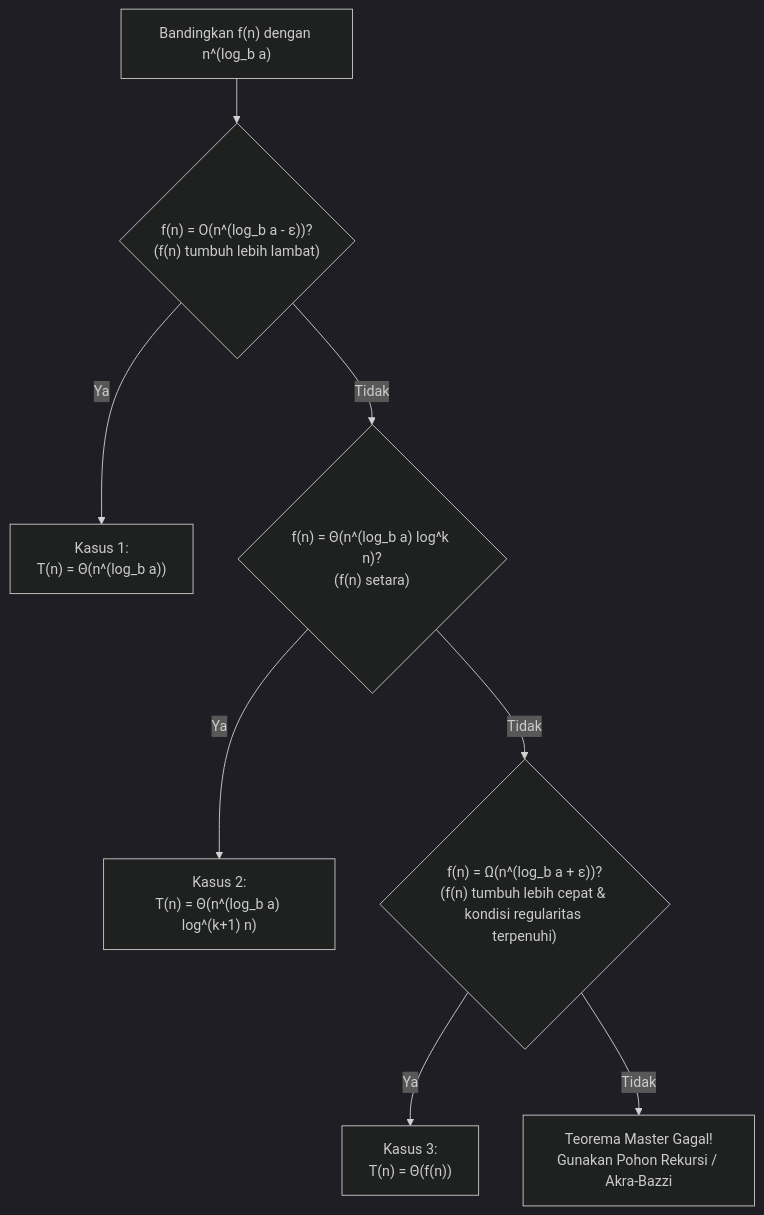
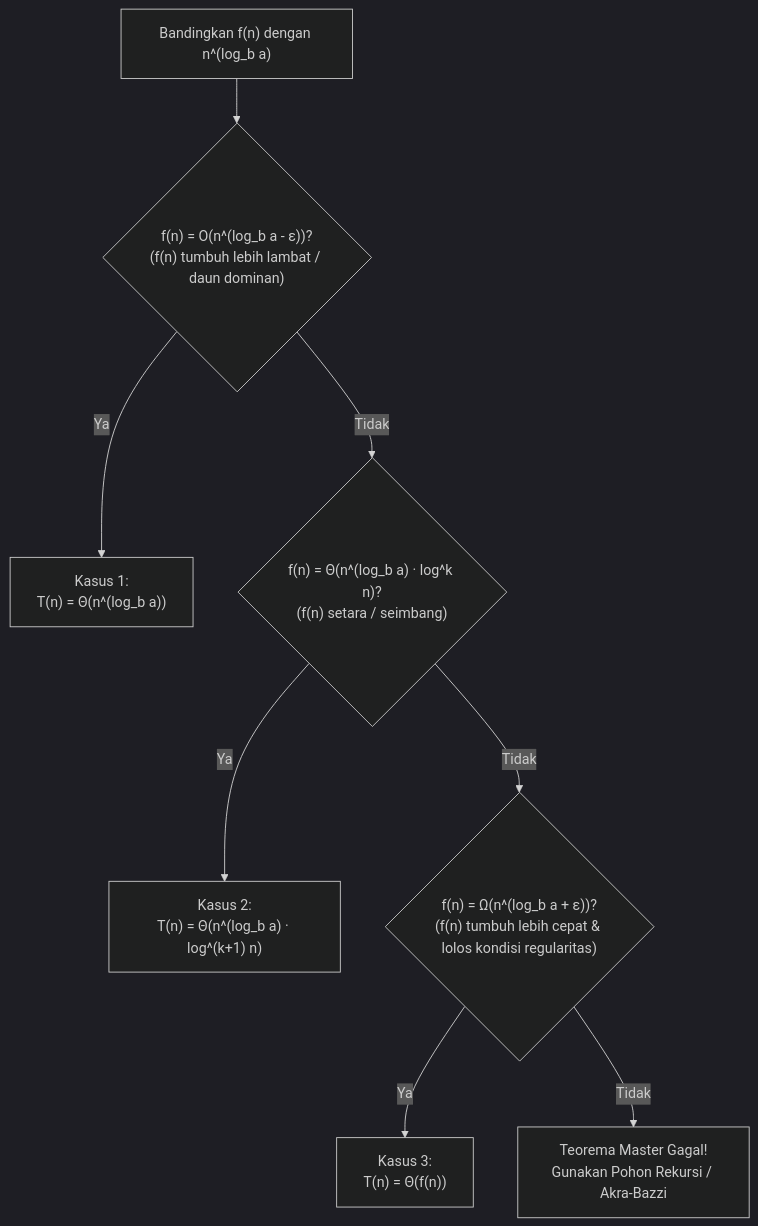
One commit to RaftFeed/smt-5 changed the second of 2 diagrams in Analisis Algoritma/00 - MOC Analisis Algoritma UTS.md. Above: the diagram before and after it, drawn with Mermaid (dark theme). The commit also changed other lines of this file and 23 other files, not shown here.

````diff
--- a/Analisis Algoritma/00 - MOC Analisis Algoritma UTS.md
+++ b/Analisis Algoritma/00 - MOC Analisis Algoritma UTS.md
@@ -121,10 +121,10 @@
 ```mermaid
 graph TD
-    Start["Bandingkan f(n) dengan n^(log_b a)"] --> C1{"f(n) = O(n^(log_b a - ε))?<br/>(f(n) tumbuh lebih lambat)"}
+    Start["Bandingkan f(n) dengan n^(log_b a)"] --> C1{"f(n) = O(n^(log_b a - ε))?<br/>(f(n) tumbuh lebih lambat / daun dominan)"}
     C1 -- Ya --> Res1["Kasus 1:<br/>T(n) = Θ(n^(log_b a))"]
-    C1 -- Tidak --> C2{"f(n) = Θ(n^(log_b a) log^k n)?<br/>(f(n) setara)"}
-    C2 -- Ya --> Res2["Kasus 2:<br/>T(n) = Θ(n^(log_b a) log^(k+1) n)"]
-    C2 -- Tidak --> C3{"f(n) = Ω(n^(log_b a + ε))?<br/>(f(n) tumbuh lebih cepat & kondisi regularitas terpenuhi)"}
+    C1 -- Tidak --> C2{"f(n) = Θ(n^(log_b a) · log^k n)?<br/>(f(n) setara / seimbang)"}
+    C2 -- Ya --> Res2["Kasus 2:<br/>T(n) = Θ(n^(log_b a) · log^(k+1) n)"]
+    C2 -- Tidak --> C3{"f(n) = Ω(n^(log_b a + ε))?<br/>(f(n) tumbuh lebih cepat & lolos kondisi regularitas)"}
     C3 -- Ya --> Res3["Kasus 3:<br/>T(n) = Θ(f(n))"]
     C3 -- Tidak --> Fail["Teorema Master Gagal!<br/>Gunakan Pohon Rekursi / Akra-Bazzi"]
 ```
````
